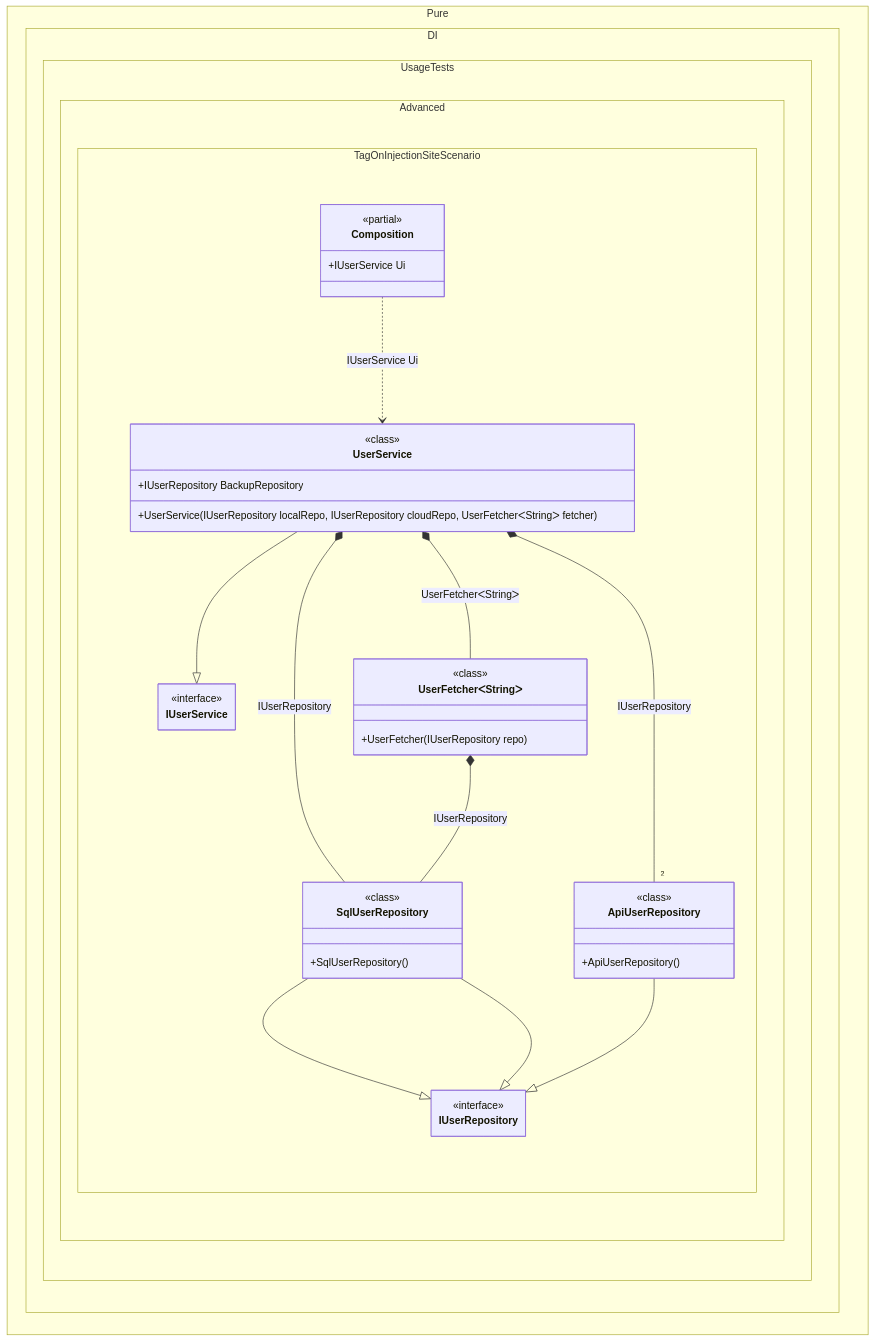
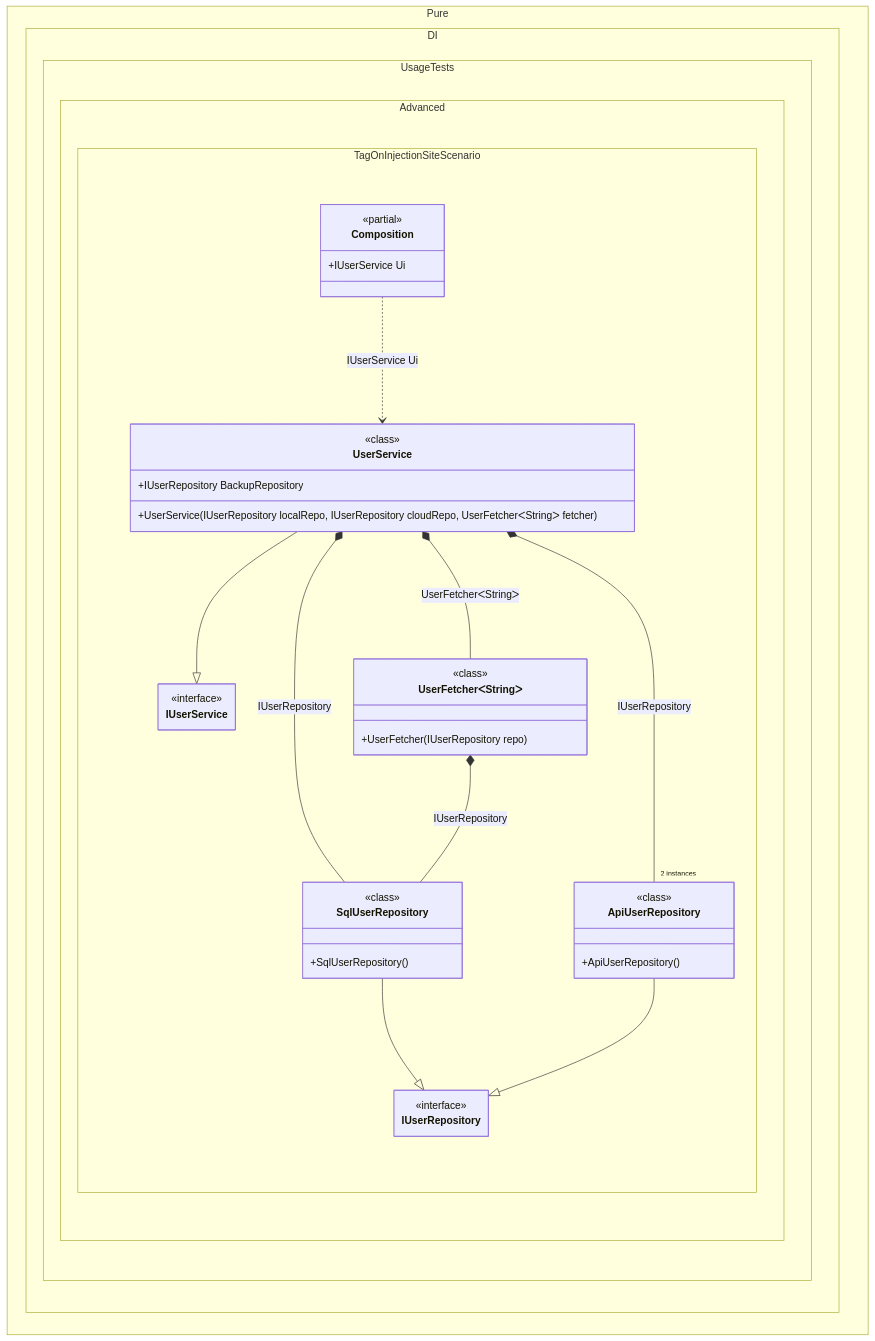
The diagram in readme/tag-on-injection-site.md (MaiKuraki/Pure.DI), drawn with Mermaid before and after one commit. The commit also changed other lines of this file and 152 other files, not shown here.

````diff
--- a/readme/tag-on-injection-site.md
+++ b/readme/tag-on-injection-site.md
@@ -131,48 +131,45 @@
 ```mermaid
 ---
  config:
-  maxTextSize: 2147483647
-  maxEdges: 2147483647
   class:
    hideEmptyMembersBox: true
 ---
 classDiagram
 	SqlUserRepository --|> IUserRepository
-	SqlUserRepository --|> IUserRepository
 	ApiUserRepository --|> IUserRepository
 	UserService --|> IUserService
 	Composition ..> UserService : IUserService Ui
-	UserService *--  SqlUserRepository : IUserRepository
-	UserService *-- "2 " ApiUserRepository : IUserRepository
-	UserService *--  UserFetcherᐸStringᐳ : UserFetcherᐸStringᐳ
-	UserFetcherᐸStringᐳ *--  SqlUserRepository : IUserRepository
+	UserService *-- SqlUserRepository : IUserRepository
+	UserService *-- "2 instances" ApiUserRepository : IUserRepository
+	UserService *-- UserFetcherᐸStringᐳ : UserFetcherᐸStringᐳ
+	UserFetcherᐸStringᐳ *-- SqlUserRepository : IUserRepository
 	namespace Pure.DI.UsageTests.Advanced.TagOnInjectionSiteScenario {
 		class ApiUserRepository {
 				<<class>>
 			+ApiUserRepository()
 		}
 		class Composition {
 		<<partial>>
 		+IUserService Ui
 		}
 		class IUserRepository {
 			<<interface>>
 		}
 		class IUserService {
 			<<interface>>
 		}
 		class SqlUserRepository {
 				<<class>>
 			+SqlUserRepository()
 		}
 		class UserFetcherᐸStringᐳ {
 				<<class>>
 			+UserFetcher(IUserRepository repo)
 		}
 		class UserService {
 				<<class>>
 			+UserService(IUserRepository localRepo, IUserRepository cloudRepo, UserFetcherᐸStringᐳ fetcher)
 			+IUserRepository BackupRepository
 		}
 	}
 ```
````
